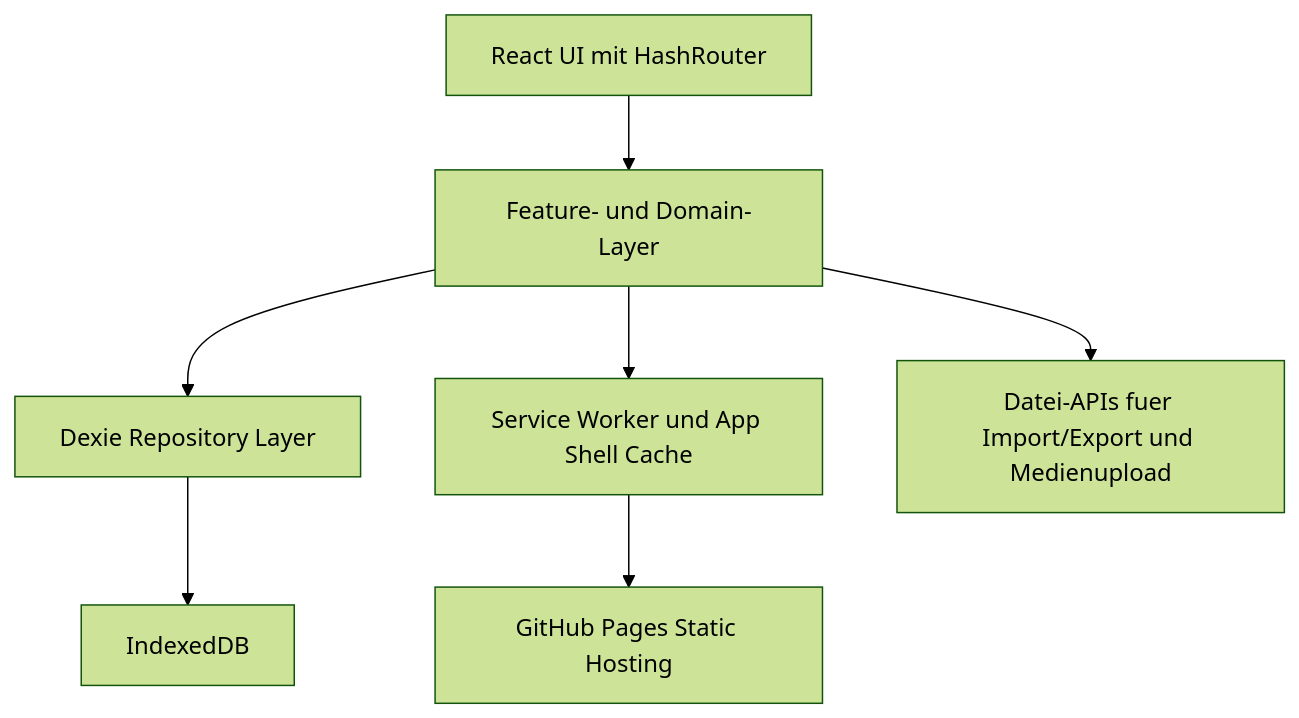
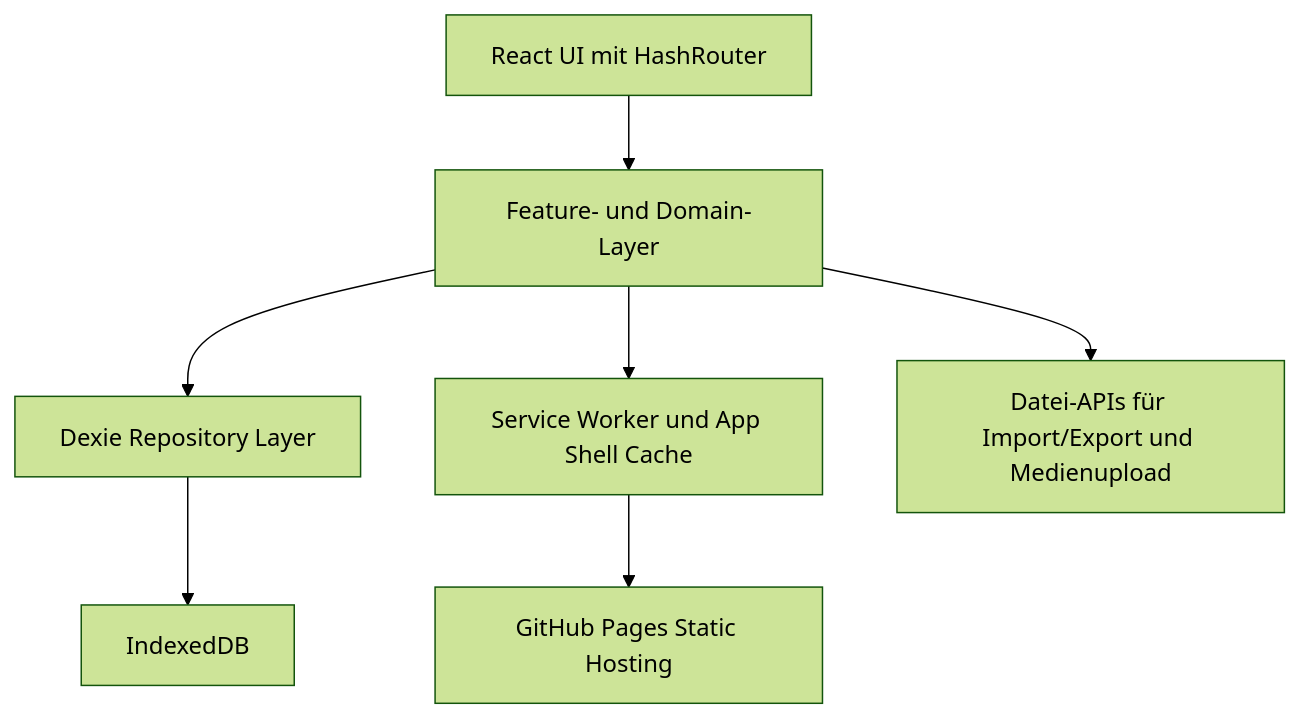
Before and after one commit to aotten77/gym-book: the first of 2 diagrams in .trae/documents/technische-architektur-gym-book-pwa.md, drawn with Mermaid (forest theme). The commit also changed other lines of this file and 63 other files, not shown here.

````diff
--- a/.trae/documents/technische-architektur-gym-book-pwa.md
+++ b/.trae/documents/technische-architektur-gym-book-pwa.md
@@ -3,9 +3,9 @@
 ```mermaid
 flowchart TD
     UI["React UI mit HashRouter"] --> APP["Feature- und Domain-Layer"]
     APP --> DB["Dexie Repository Layer"]
     DB --> IDB["IndexedDB"]
     APP --> PWA["Service Worker und App Shell Cache"]
-    APP --> FILE["Datei-APIs fuer Import/Export und Medienupload"]
+    APP --> FILE["Datei-APIs für Import/Export und Medienupload"]
     PWA --> STATIC["GitHub Pages Static Hosting"]
 ```
````
